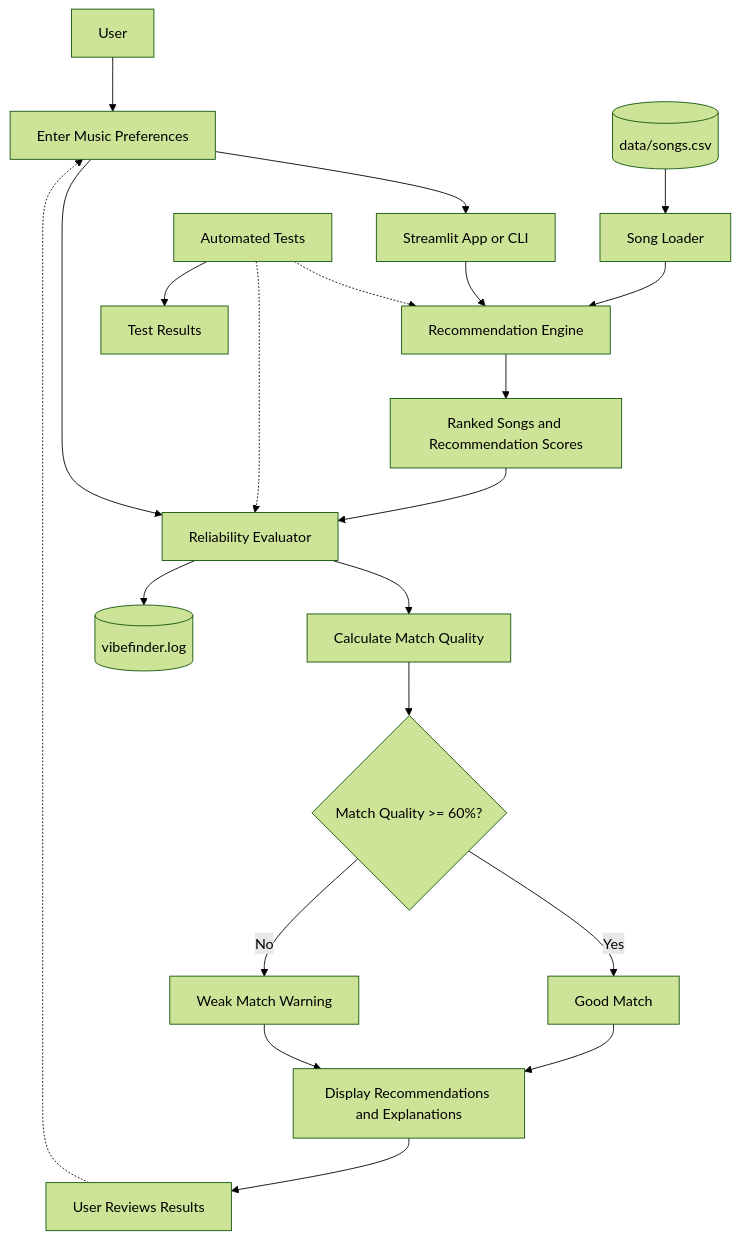
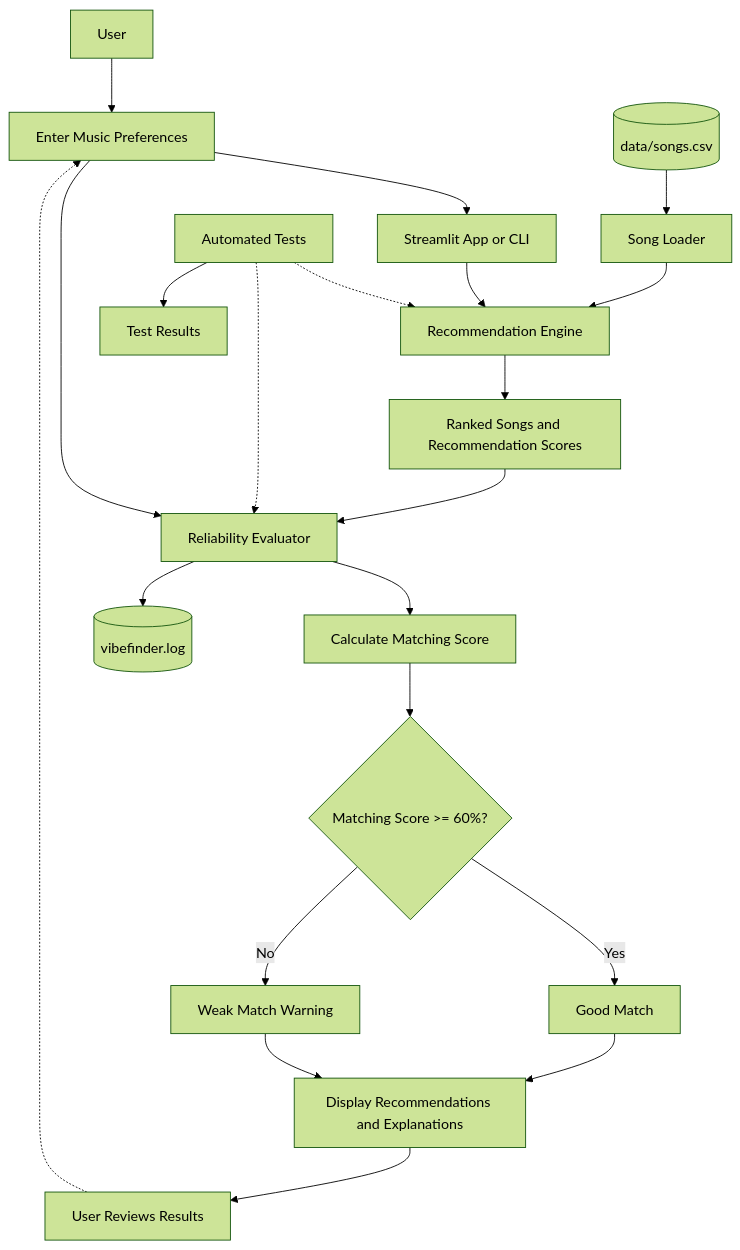
Before and after one commit to cwu6/applied-ai-system-project: the diagram in diagrams/architecture.mmd, drawn with Mermaid (forest theme). The commit also changed 5 other files, not shown here.

```diff
--- a/diagrams/architecture.mmd
+++ b/diagrams/architecture.mmd
@@ -1,29 +1,29 @@
 flowchart TD
     U[User] --> P[Enter Music Preferences]
     P --> UI[Streamlit App or CLI]
 
     CSV[(data/songs.csv)] --> L[Song Loader]
     L --> R[Recommendation Engine]
     UI --> R
 
     R --> S[Ranked Songs and Recommendation Scores]
     S --> E[Reliability Evaluator]
     P --> E
 
-    E --> Q[Calculate Match Quality]
-    Q --> D{Match Quality >= 60%?}
+    E --> Q[Calculate Matching Score]
+    Q --> D{Matching Score >= 60%?}
 
     D -->|Yes| G[Good Match]
     D -->|No| W[Weak Match Warning]
 
     G --> OUT[Display Recommendations and Explanations]
     W --> OUT
 
     OUT --> H[User Reviews Results]
     H -.-> P
 
     E --> LOG[(vibefinder.log)]
 
     T[Automated Tests] -.-> R
     T -.-> E
     T --> TR[Test Results]
```
